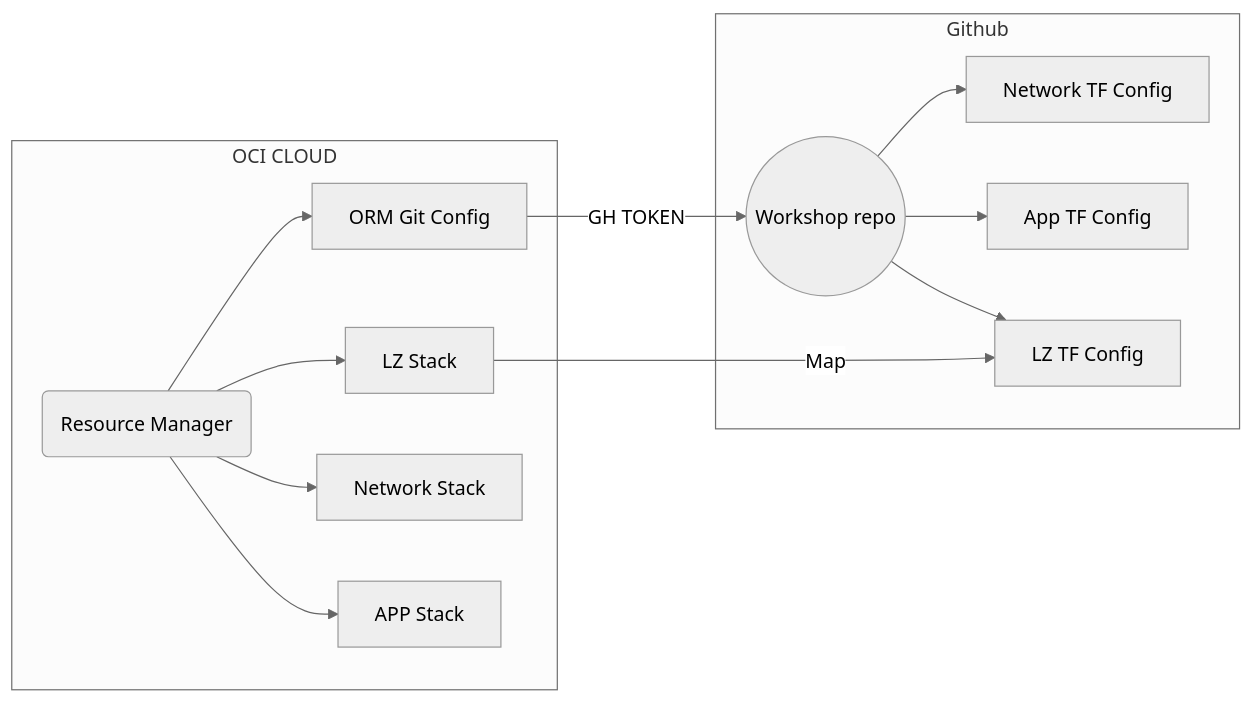
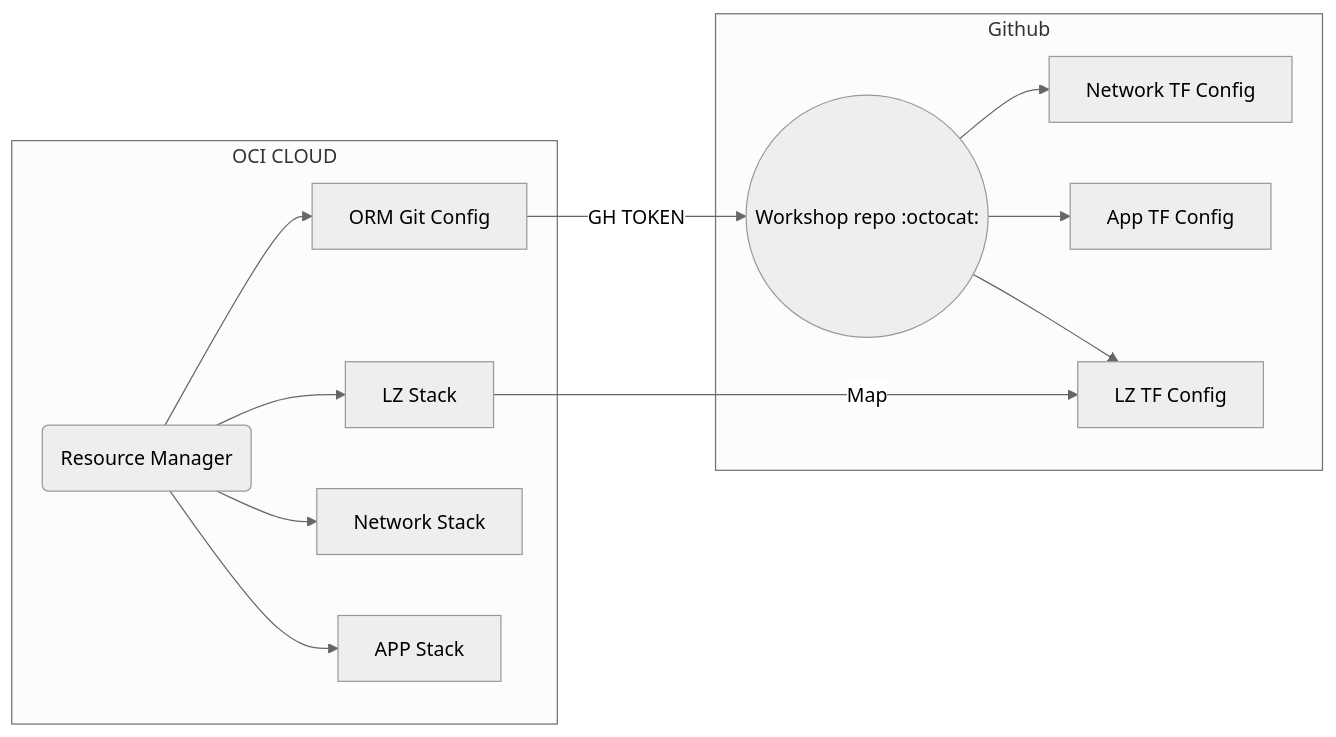
The diagram in workshop/lab-01/README.md (saguadob/ora-lz-k8s-iac-devsecops), drawn with Mermaid (neutral theme) before and after one commit.

````diff
--- a/workshop/lab-01/README.md
+++ b/workshop/lab-01/README.md
@@ -19,16 +19,16 @@
 ```mermaid
 flowchart LR
     subgraph Github
     Repo --> Net[Network TF Config]
     Repo --> App[App TF Config]
-    Repo((Workshop repo)) --> LZ[LZ TF Config]
+    Repo((Workshop repo :octocat:)) --> LZ[LZ TF Config]
     end
     subgraph OCI CLOUD
     ORM(Resource Manager) --> VCS_CONFIG[ORM Git Config]
     ORM --> LZ_STACK[LZ Stack]
     ORM --> NET_STACK[Network Stack]
     ORM --> APP_STACK[APP Stack]
     end
     VCS_CONFIG -->|GH TOKEN| Repo
     LZ_STACK --> |Map| LZ
 ```
````
